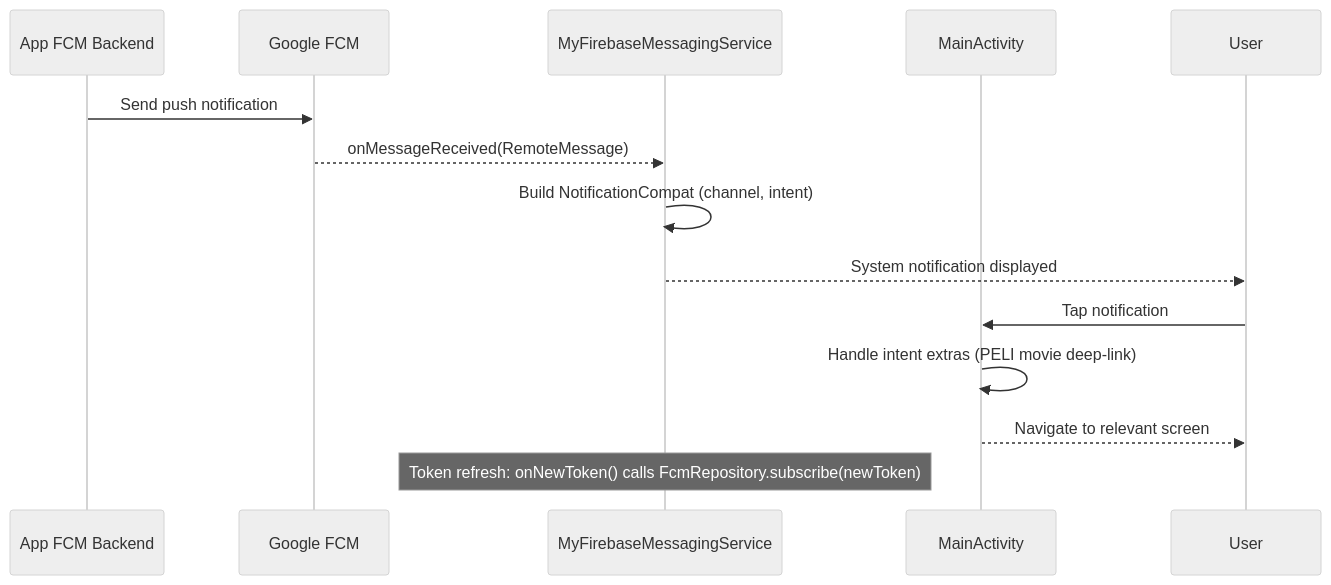
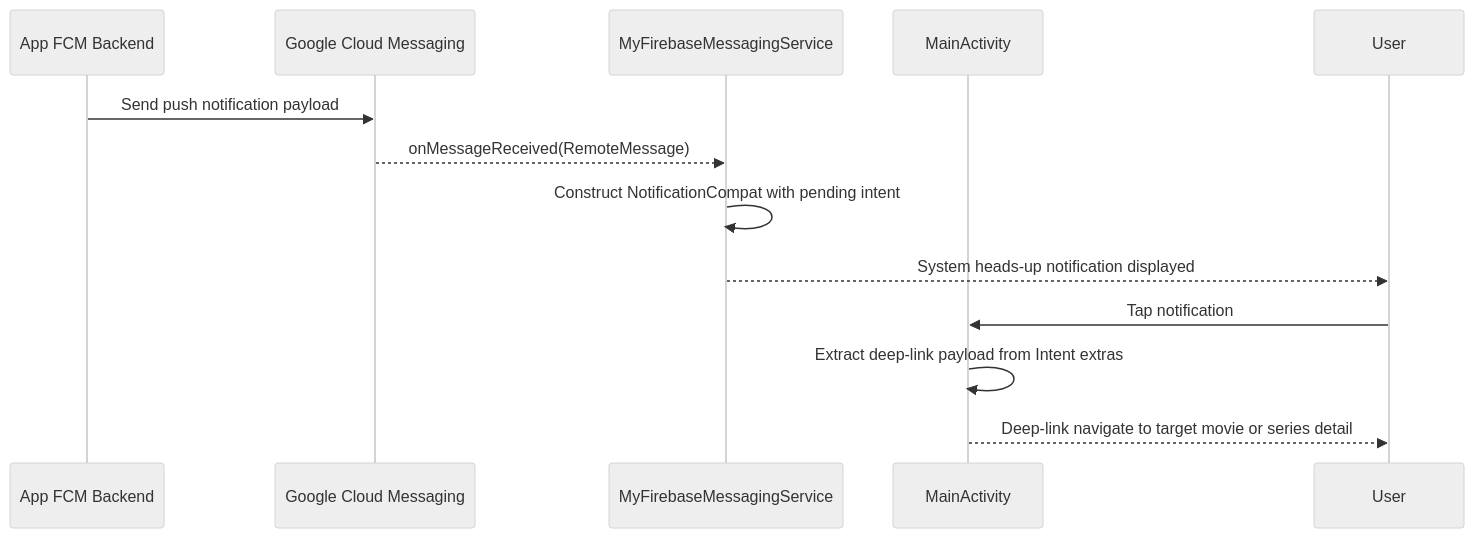
Before and after one commit to martinrevert/LaTorrentola: the eighth of 15 diagrams in ARCHITECTURE.md, drawn with Mermaid (neutral theme). The commit also changed other lines of this file and 2 other files, not shown here.

````diff
--- a/ARCHITECTURE.md
+++ b/ARCHITECTURE.md
@@ -443,17 +602,16 @@
 ```mermaid
 sequenceDiagram
     participant FCMBE as App FCM Backend
-    participant GCM as Google FCM
+    participant GCM as Google Cloud Messaging
     participant MFMS as MyFirebaseMessagingService
     participant MA as MainActivity
     participant U as User
 
-    FCMBE->>GCM: Send push notification
+    FCMBE->>GCM: Send push notification payload
     GCM-->>MFMS: onMessageReceived(RemoteMessage)
-    MFMS->>MFMS: Build NotificationCompat (channel, intent)
-    MFMS-->>U: System notification displayed
+    MFMS->>MFMS: Construct NotificationCompat with pending intent
+    MFMS-->>U: System heads-up notification displayed
     U->>MA: Tap notification
-    MA->>MA: Handle intent extras (PELI movie deep-link)
-    MA-->>U: Navigate to relevant screen
-    note over MFMS: Token refresh: onNewToken() calls FcmRepository.subscribe(newToken)
+    MA->>MA: Extract deep-link payload from Intent extras
+    MA-->>U: Deep-link navigate to target movie or series detail
 ```
````
